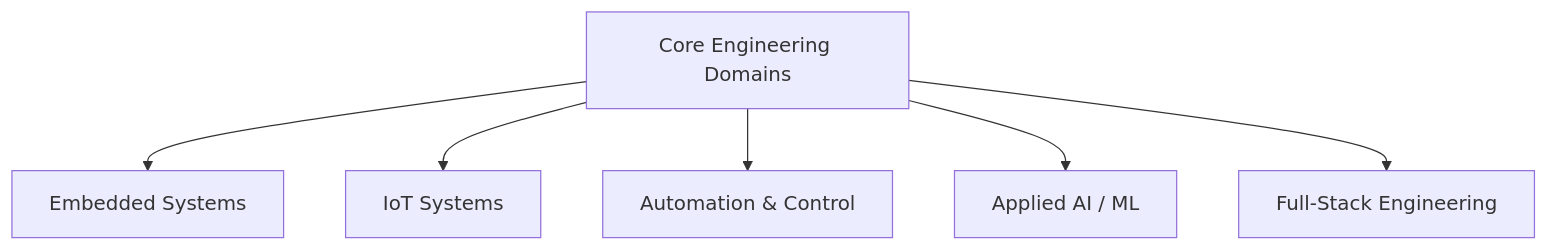
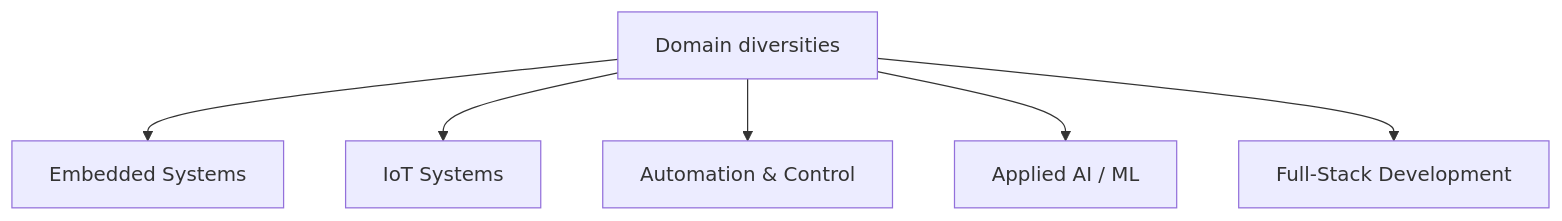
One commit to Agnibha-31/Agnibha-31 changed the diagram in README.md. Above: the diagram before and after it, drawn with Mermaid. The commit also changed other lines of this file, not shown here.

````diff
--- a/README.md
+++ b/README.md
@@ -50,8 +99,8 @@
 ```mermaid
 flowchart TD
-    A[Core Engineering Domains] --> B[Embedded Systems]
+    A[Domain diversities] --> B[Embedded Systems]
     A --> C[IoT Systems]
     A --> D[Automation & Control]
     A --> E[Applied AI / ML]
-    A --> F[Full-Stack Engineering]
+    A --> F[Full-Stack Development]
 ```
````
